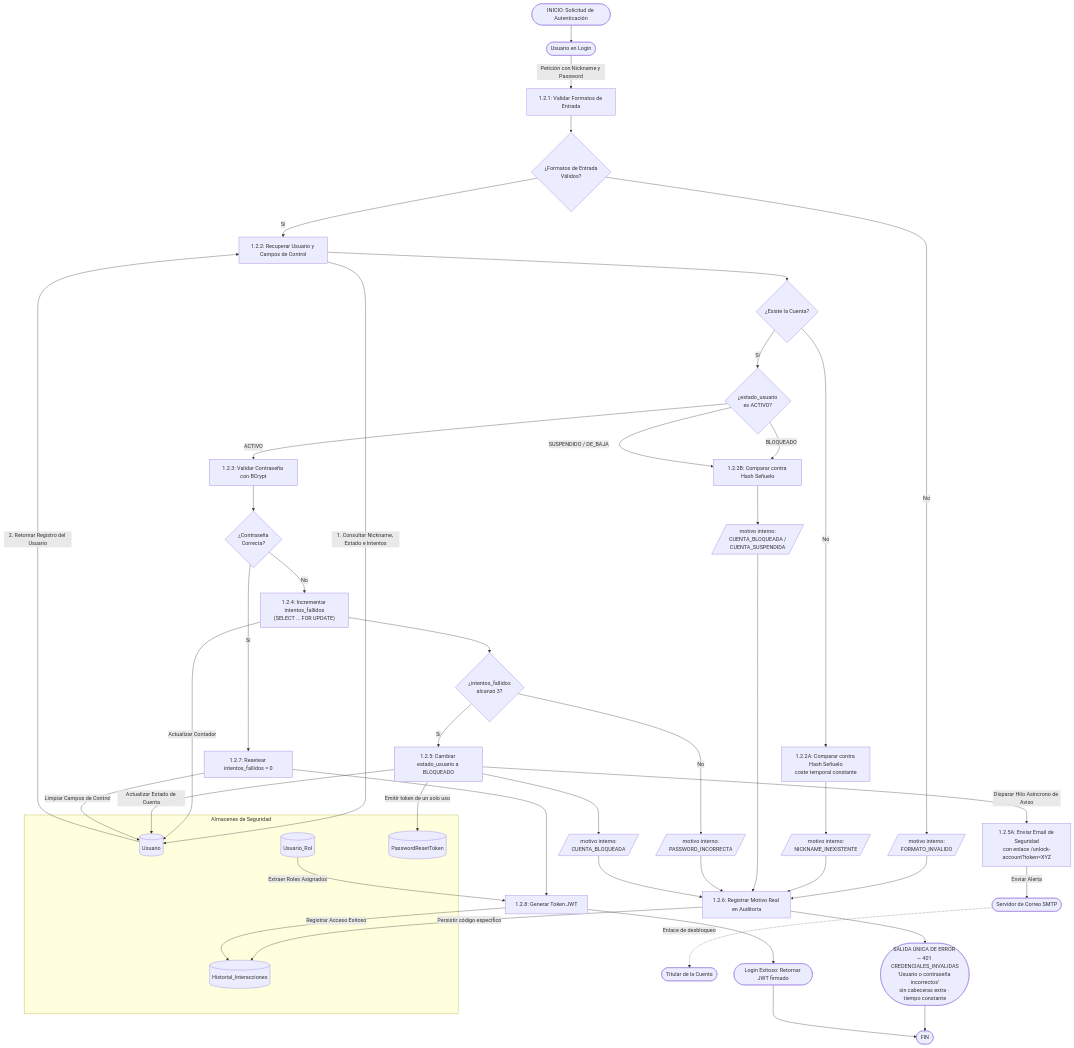
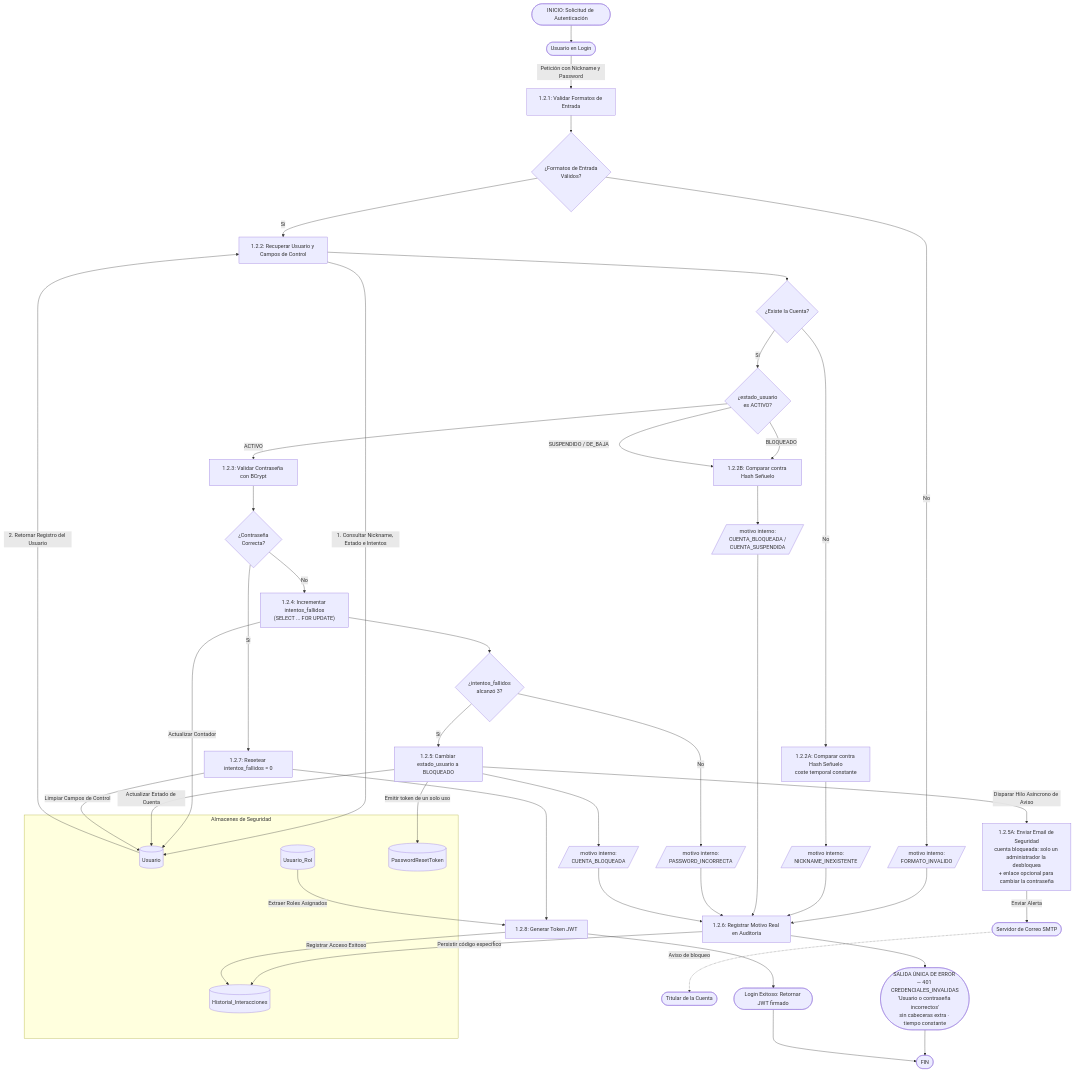
One commit to dev-gastong/Enexia changed the first of 2 diagrams in docs/diagrams/login_registro/login.md. Above: the diagram before and after it, drawn with Mermaid. The commit also changed other lines of this file and 37 other files, not shown here.

First line of the commit message:
Desbloqueo solo por admin, sin tope de eventos y DFD pendientes en tempDFD

````diff
--- a/docs/diagrams/login_registro/login.md
+++ b/docs/diagrams/login_registro/login.md
@@ -28,74 +28,74 @@
 ```mermaid
 graph TD
     INICIO([INICIO: Solicitud de Autenticación]) --> User([Usuario en Login])
     User -->|Petición con Nickname y Password| P1_2_1[1.2.1: Validar Formatos de Entrada]
 
     %% Almacenes de Datos
     subgraph Almacenes de Seguridad
         D2_User[(Usuario)]
         D3_Roles[(Usuario_Rol)]
         D6_Logs[(Historial_Interacciones)]
         D7_Tokens[(PasswordResetToken)]
     end
 
     Email_Sys([Servidor de Correo SMTP])
 
     %% 1. VALIDACION DE FORMATO
     P1_2_1 --> C_Format{¿Formatos de Entrada<br>Válidos?}
     C_Format -->|No| M_FormatoInvalido[/motivo interno:<br>FORMATO_INVALIDO/]
     C_Format -->|Sí| P1_2_2[1.2.2: Recuperar Usuario y Campos de Control]
 
     %% 2. LECTURA DE DATOS DE CONTROL
     P1_2_2 -->|1. Consultar Nickname, Estado e Intentos| D2_User
     D2_User -->|2. Retornar Registro del Usuario| P1_2_2
 
     P1_2_2 --> C_Existe{¿Existe la Cuenta?}
     C_Existe -->|No| P_Senuelo[1.2.2A: Comparar contra Hash Señuelo<br>coste temporal constante]
     P_Senuelo --> M_NoExiste[/motivo interno:<br>NICKNAME_INEXISTENTE/]
 
     C_Existe -->|Sí| C_Estado{¿estado_usuario<br>es ACTIVO?}
     C_Estado -->|BLOQUEADO| P_Senuelo2[1.2.2B: Comparar contra Hash Señuelo]
     C_Estado -->|SUSPENDIDO / DE_BAJA| P_Senuelo2
     P_Senuelo2 --> M_Estado[/motivo interno:<br>CUENTA_BLOQUEADA /<br>CUENTA_SUSPENDIDA/]
 
     C_Estado -->|ACTIVO| P1_2_3[1.2.3: Validar Contraseña con BCrypt]
 
     %% 3. VERIFICACION DE CREDENCIAL
     P1_2_3 --> C_Pass{¿Contraseña<br>Correcta?}
 
     %% CASO A: FALLA
     C_Pass -->|No| P1_2_4["1.2.4: Incrementar intentos_fallidos<br>(SELECT ... FOR UPDATE)"]
     P1_2_4 -->|Actualizar Contador| D2_User
     P1_2_4 --> C_Tres{¿intentos_fallidos<br>alcanzó 3?}
 
     C_Tres -->|No| M_PassMal[/motivo interno:<br>PASSWORD_INCORRECTA/]
 
     C_Tres -->|Sí| P1_2_5[1.2.5: Cambiar estado_usuario a BLOQUEADO]
     P1_2_5 -->|Actualizar Estado de Cuenta| D2_User
     P1_2_5 -->|Emitir token de un solo uso| D7_Tokens
-    P1_2_5 -->|Disparar Hilo Asíncrono de Aviso| P1_2_5A["1.2.5A: Enviar Email de Seguridad<br>con enlace /unlock-account?token=XYZ"]
+    P1_2_5 -->|Disparar Hilo Asíncrono de Aviso| P1_2_5A["1.2.5A: Enviar Email de Seguridad<br>cuenta bloqueada: solo un administrador la desbloquea<br>+ enlace opcional para cambiar la contraseña"]
     P1_2_5A -->|Enviar Alerta| Email_Sys
-    Email_Sys -.->|Enlace de desbloqueo| Titular([Titular de la Cuenta])
+    Email_Sys -.->|Aviso de bloqueo| Titular([Titular de la Cuenta])
     P1_2_5 --> M_Bloqueo[/motivo interno:<br>CUENTA_BLOQUEADA/]
 
     %% CONVERGENCIA DE MOTIVOS: al log, NO a la respuesta
     M_FormatoInvalido --> P_Audit[1.2.6: Registrar Motivo Real en Auditoría]
     M_NoExiste --> P_Audit
     M_Estado --> P_Audit
     M_PassMal --> P_Audit
     M_Bloqueo --> P_Audit
     P_Audit -->|Persistir código específico| D6_Logs
     P_Audit --> Err_Generico(["SALIDA ÚNICA DE ERROR — 401 CREDENCIALES_INVALIDAS<br>'Usuario o contraseña incorrectos'<br>sin cabeceras extra · tiempo constante"])
 
     %% CASO B: EXITO
     C_Pass -->|Sí| P1_2_7[1.2.7: Resetear intentos_fallidos = 0]
     P1_2_7 -->|Limpiar Campos de Control| D2_User
     P1_2_7 --> P1_2_8[1.2.8: Generar Token JWT]
     D3_Roles -->|Extraer Roles Asignados| P1_2_8
     P1_2_8 -->|Registrar Acceso Exitoso| D6_Logs
     P1_2_8 --> Success_JWT([Login Exitoso: Retornar JWT firmado])
 
     %% FIN
     Err_Generico --> FIN([FIN])
     Success_JWT --> FIN
 ```
````
